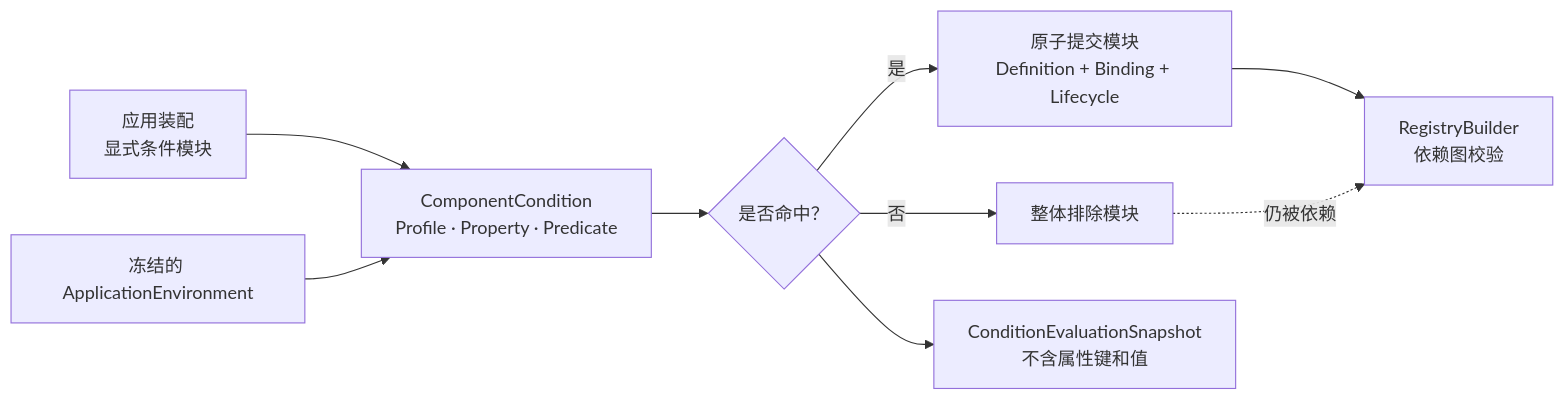
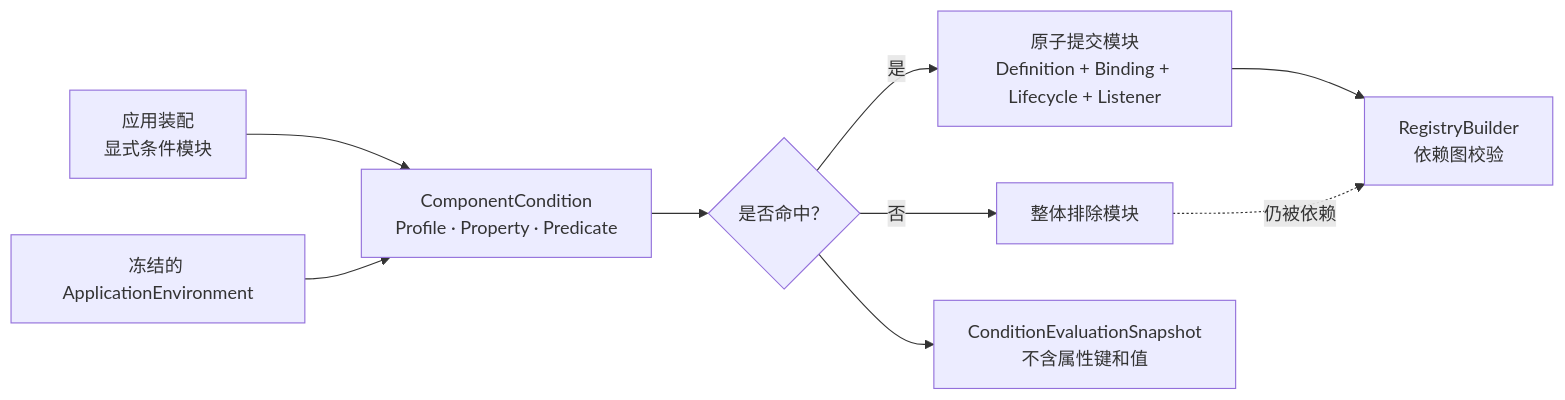
Diagram 15 of 24 in docs/Vernal-Architecture.zh_CN.md (easy-4-rust/vernal), drawn with Mermaid before and after one commit. The commit also changed other lines of this file and 27 other files, not shown here.

````diff
--- a/docs/Vernal-Architecture.zh_CN.md
+++ b/docs/Vernal-Architecture.zh_CN.md
@@ -973,19 +975,19 @@
 ```mermaid
 flowchart LR
     Assembly["应用装配<br/>显式条件模块"]
     Environment["冻结的 ApplicationEnvironment"]
     Condition["ComponentCondition<br/>Profile · Property · Predicate"]
     Decision{"是否命中？"}
-    Commit["原子提交模块<br/>Definition + Binding + Lifecycle"]
+    Commit["原子提交模块<br/>Definition + Binding + Lifecycle + Listener"]
     Omit["整体排除模块"]
     Graph["RegistryBuilder<br/>依赖图校验"]
     Snapshot["ConditionEvaluationSnapshot<br/>不含属性键和值"]
 
     Assembly --> Condition
     Environment --> Condition
     Condition --> Decision
     Decision -->|"是"| Commit --> Graph
     Decision -->|"否"| Omit
     Decision --> Snapshot
     Omit -.->|"仍被依赖"| Graph
 ```
````
